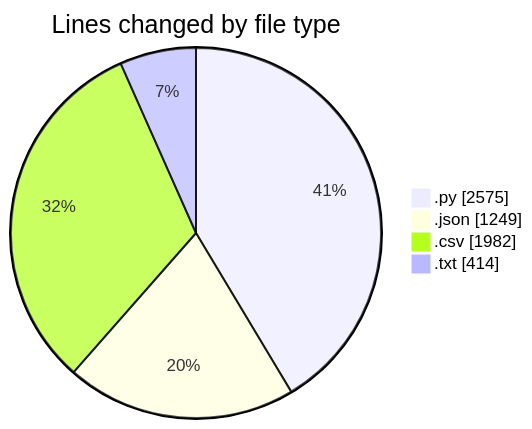
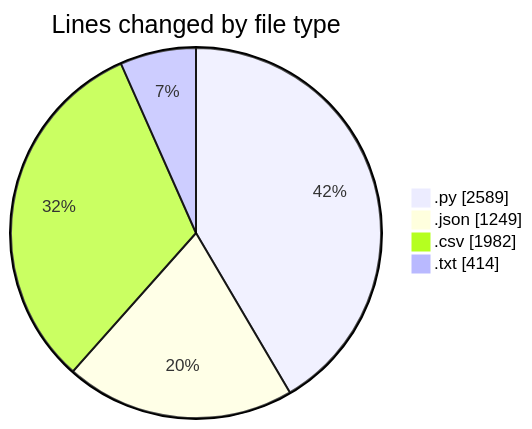
Before and after one commit to EIIisD/code-tracking: the first of 2 diagrams in 2025-07-28/refunds/README.md, drawn with Mermaid. The commit also changed other lines of this file and 1 other file, not shown here.

````diff
--- a/2025-07-28/refunds/README.md
+++ b/2025-07-28/refunds/README.md
@@ -25,8 +25,8 @@
 ```mermaid
 pie showData
 title Lines changed by file type
-".py" : 2575
+".py" : 2589
 ".json" : 1249
 ".csv" : 1982
 ".txt" : 414
 ```
````
